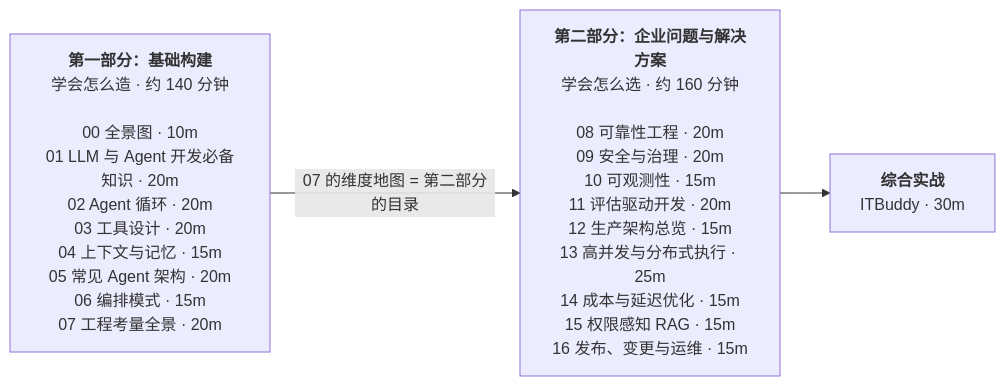
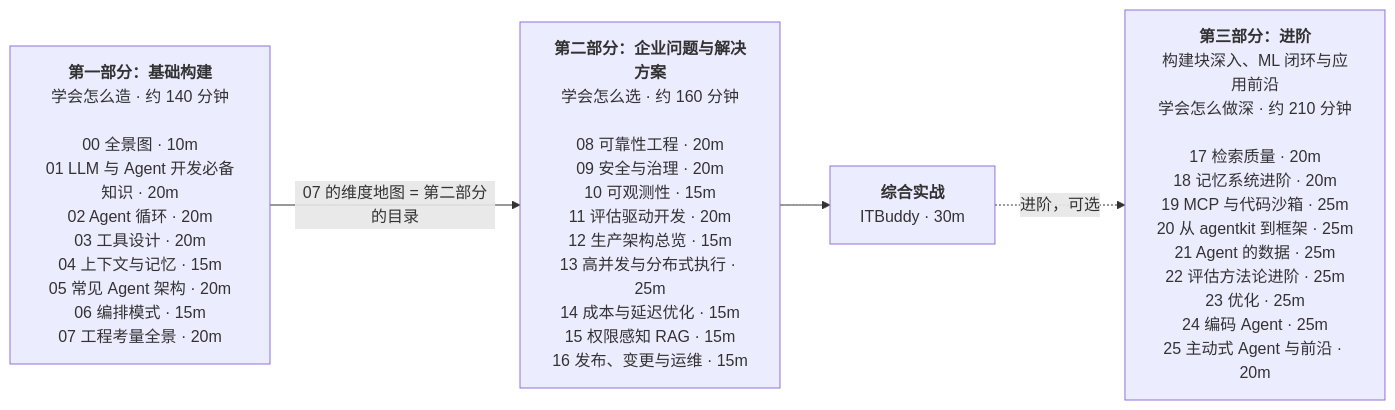
The fifth of 5 diagrams in lessons/00_overview/README.md (heaven999b/hello-agent-system), drawn with Mermaid before and after one commit. The commit also changed other lines of this file and 156 other files, not shown here.

````diff
--- a/lessons/00_overview/README.md
+++ b/lessons/00_overview/README.md
@@ -174,7 +188,9 @@
 ```mermaid
 flowchart LR
     P1["<b>第一部分：基础构建</b><br/>学会怎么造 · 约 140 分钟<br/><br/>00 全景图 · 10m<br/>01 LLM 与 Agent 开发必备知识 · 20m<br/>02 Agent 循环 · 20m<br/>03 工具设计 · 20m<br/>04 上下文与记忆 · 15m<br/>05 常见 Agent 架构 · 20m<br/>06 编排模式 · 15m<br/>07 工程考量全景 · 20m"]
     P2["<b>第二部分：企业问题与解决方案</b><br/>学会怎么选 · 约 160 分钟<br/><br/>08 可靠性工程 · 20m<br/>09 安全与治理 · 20m<br/>10 可观测性 · 15m<br/>11 评估驱动开发 · 20m<br/>12 生产架构总览 · 15m<br/>13 高并发与分布式执行 · 25m<br/>14 成本与延迟优化 · 15m<br/>15 权限感知 RAG · 15m<br/>16 发布、变更与运维 · 15m"]
     CP["<b>综合实战</b><br/>ITBuddy · 30m"]
+    P3["<b>第三部分：进阶</b><br/>构建块深入、ML 闭环与应用前沿<br/>学会怎么做深 · 约 210 分钟<br/><br/>17 检索质量 · 20m<br/>18 记忆系统进阶 · 20m<br/>19 MCP 与代码沙箱 · 25m<br/>20 从 agentkit 到框架 · 25m<br/>21 Agent 的数据 · 25m<br/>22 评估方法论进阶 · 25m<br/>23 优化 · 25m<br/>24 编码 Agent · 25m<br/>25 主动式 Agent 与前沿 · 20m"]
     P1 -->|"07 的维度地图 = 第二部分的目录"| P2 --> CP
+    CP -.->|"进阶，可选"| P3
 ```
````
